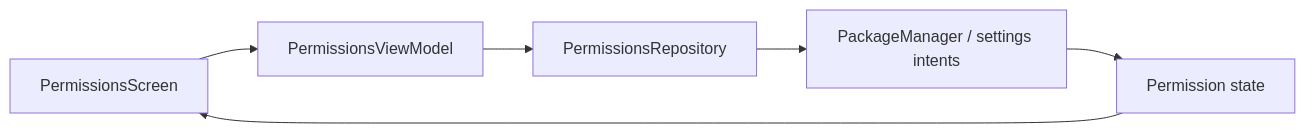
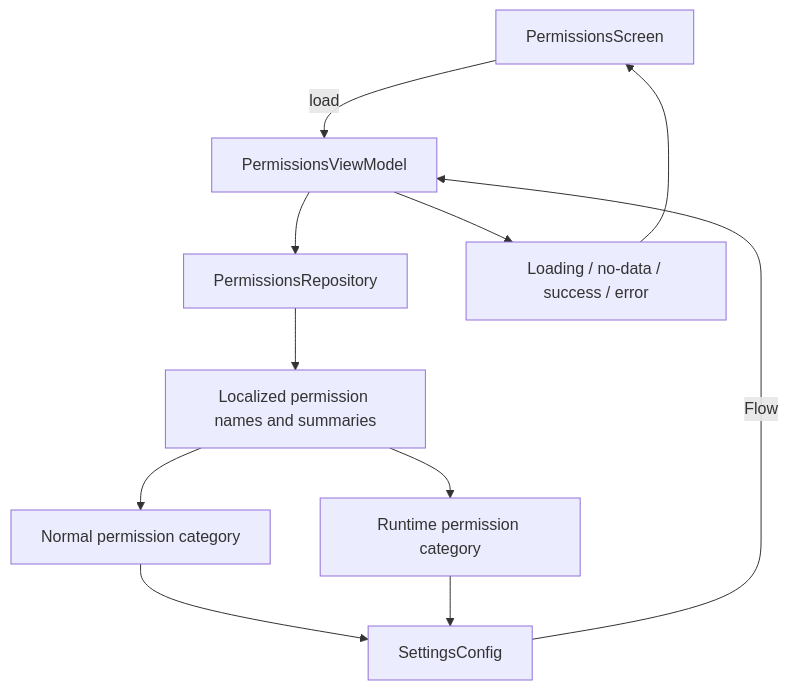
One commit to MihaiCristianCondrea/App-Toolkit-for-Android changed the diagram in library/feature/permissions/README.md. Above: the diagram before and after it, drawn with Mermaid. The commit also changed other lines of this file and 57 other files, not shown here.

````diff
--- a/library/feature/permissions/README.md
+++ b/library/feature/permissions/README.md
@@ -32,8 +35,13 @@
 ```mermaid
-flowchart LR
-    Screen[PermissionsScreen] --> VM[PermissionsViewModel]
+flowchart TD
+    Screen[PermissionsScreen] -->|load| VM[PermissionsViewModel]
     VM --> Repo[PermissionsRepository]
-    Repo --> Android[PackageManager / settings intents]
-    Android --> State[Permission state]
+    Repo --> Resources[Localized permission names and summaries]
+    Resources --> Normal[Normal permission category]
+    Resources --> Runtime[Runtime permission category]
+    Normal --> Config[SettingsConfig]
+    Runtime --> Config
+    Config -->|Flow| VM
+    VM --> State[Loading / no-data / success / error]
     State --> Screen
 ```
````
